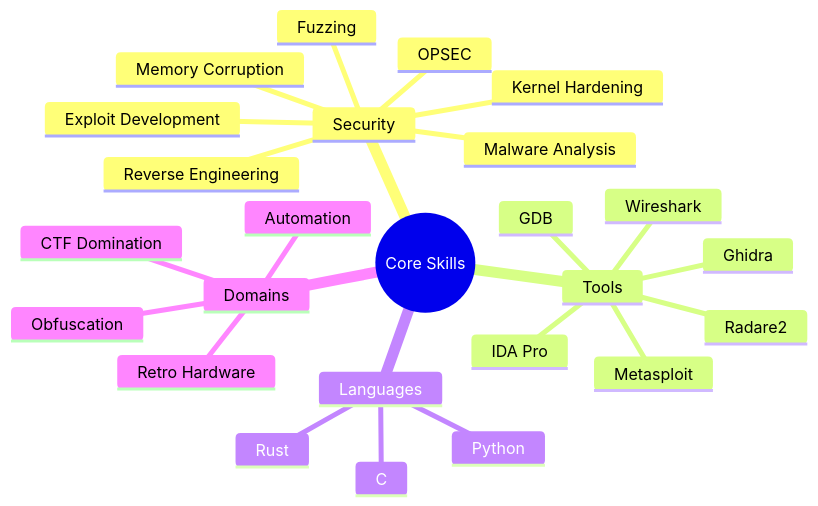
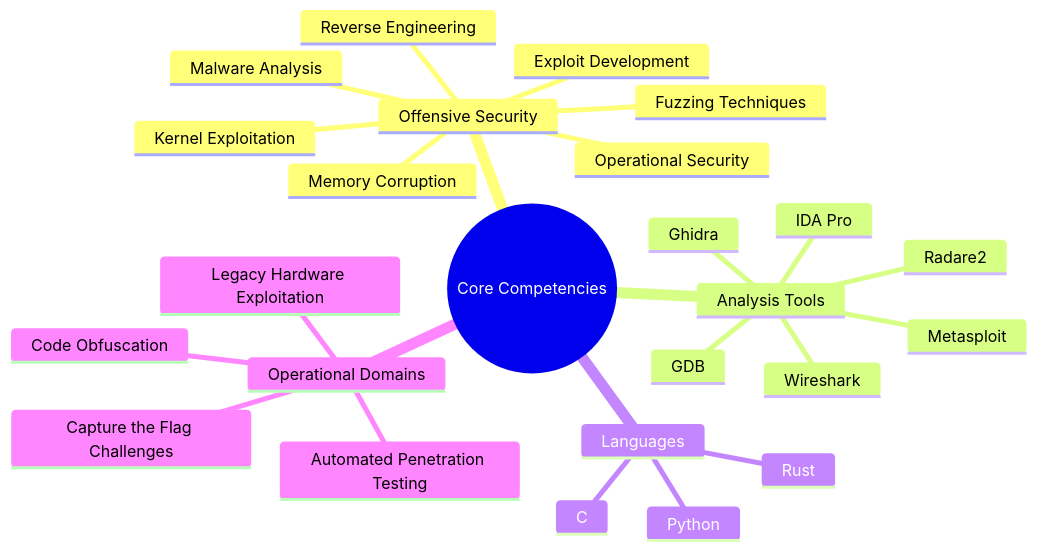
Before and after one commit to M3mC0rrupt/M3mC0rrupt: the diagram in README.md, drawn with Mermaid. The commit also changed other lines of this file, not shown here.

````diff
--- a/README.md
+++ b/README.md
@@ -69,28 +50,28 @@
 ```mermaid
 mindmap
-  root((Core Skills))
-    Security
+  root((Core Competencies))
+    Offensive Security
       Reverse Engineering
       Exploit Development
-      Kernel Hardening
+      Kernel Exploitation
       Memory Corruption
       Malware Analysis
-      Fuzzing
-      OPSEC
-    Tools
+      Fuzzing Techniques
+      Operational Security
+    Analysis Tools
       GDB
       IDA Pro
       Wireshark
       Metasploit
       Ghidra
       Radare2
     Languages
       C
       Python
       Rust
-    Domains
-      CTF Domination
-      Retro Hardware
-      Obfuscation
-      Automation
+    Operational Domains
+      Capture the Flag Challenges
+      Legacy Hardware Exploitation
+      Code Obfuscation
+      Automated Penetration Testing
 ```
````
